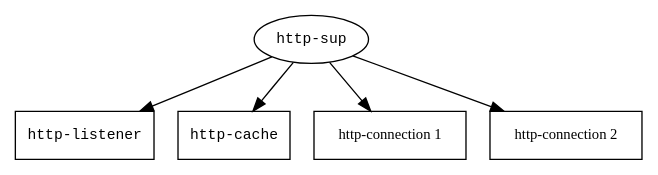
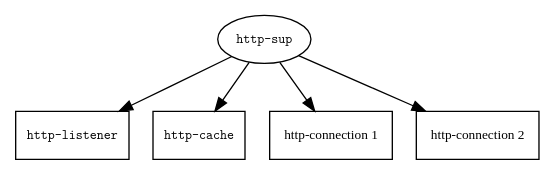
One commit to becls/swish changed the diagram in doc/swish/http-tree.dot. Above: the diagram before and after it, drawn with Graphviz. The commit also changed 5 other files, not shown here.

```diff
--- a/doc/swish/http-tree.dot
+++ b/doc/swish/http-tree.dot
@@ -1,13 +1,13 @@
 digraph G {
   graph [margin=0];
-  node [shape=box,fontname="Courier",fontsize=11];
+  node [shape=box,fontname="Latin Modern Mono",fontsize=10];
   supervisor [label="http-sup",shape=ellipse];
   listener [label="http-listener"];
   cache [label="http-cache"];
-  hc1 [label="http-connection 1",fontname="Times-Roman"];
-  hc2 [label="http-connection 2",fontname="Times-Roman"];
+  hc1 [label="http-connection 1",fontname="Latin Modern Roman,"];
+  hc2 [label="http-connection 2",fontname="Latin Modern Roman,"];
   supervisor -> listener;
   supervisor -> cache;
   supervisor -> hc1;
   supervisor -> hc2;
 }
```
